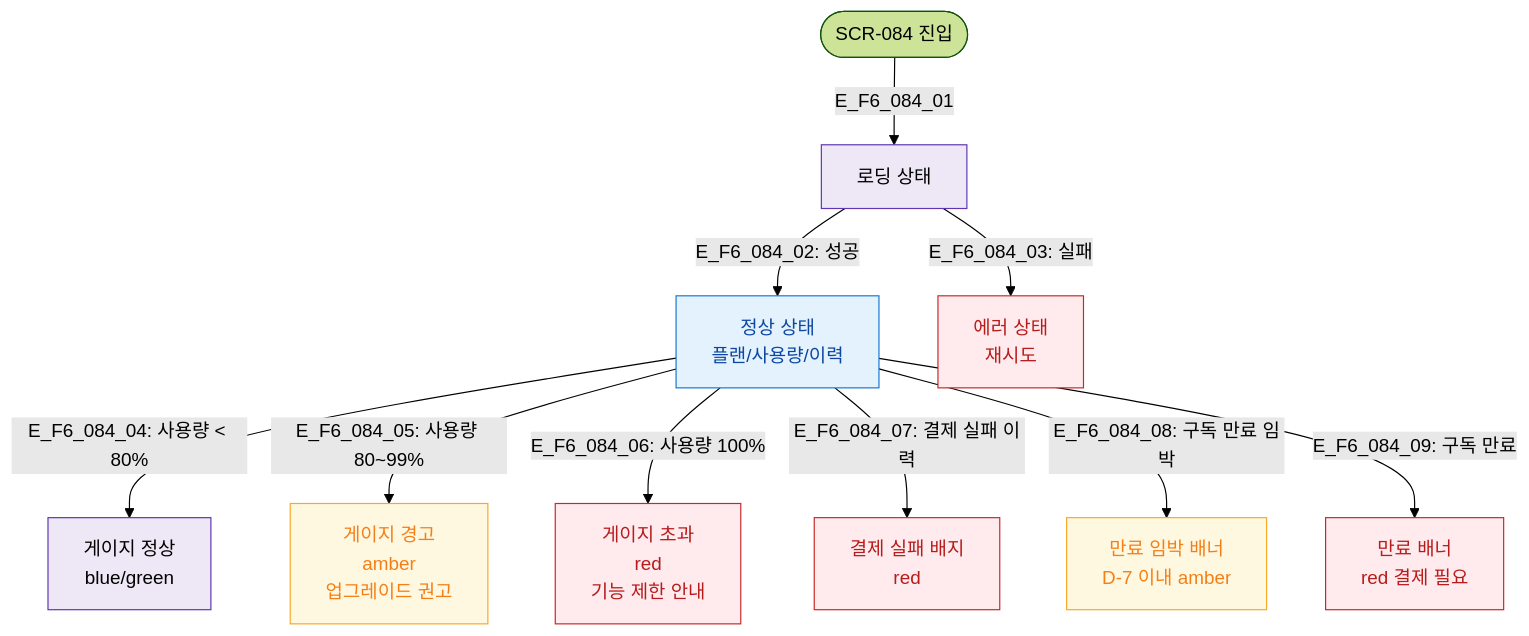
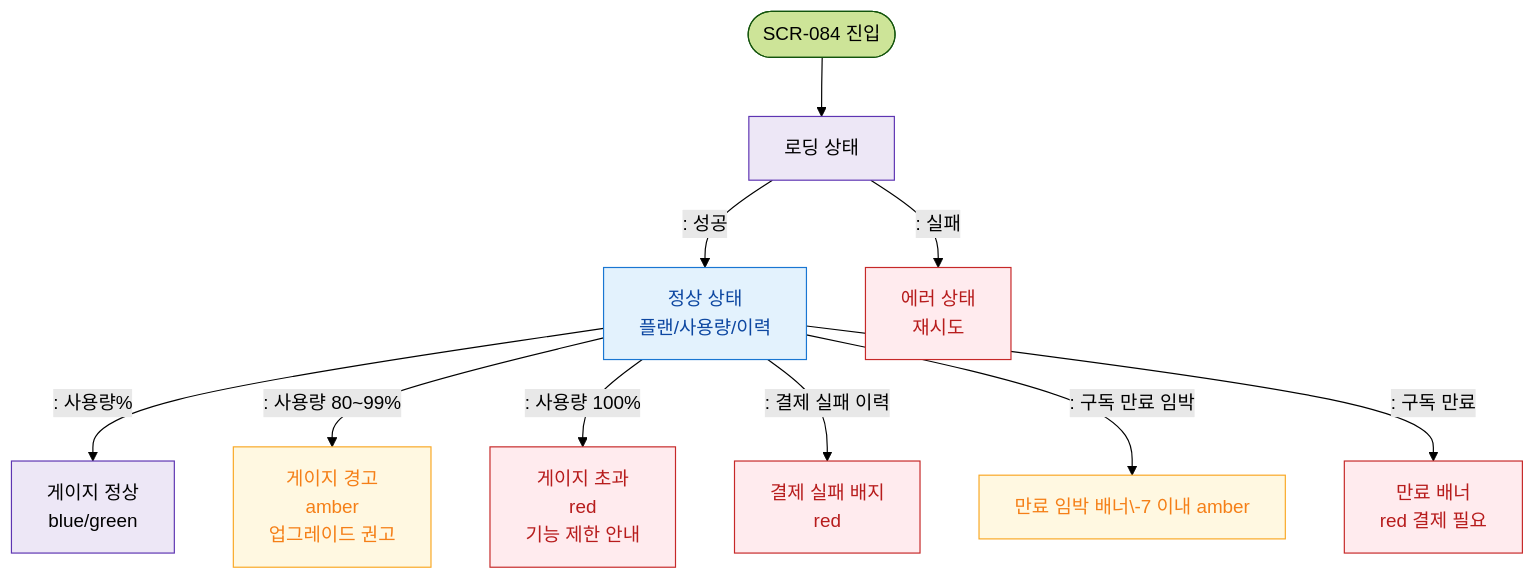
One commit to dev-spogym/admin-pando changed the diagram in docs/다이어그램/D09_설정관리/SCR-084_구독결제관리/F6_상태별화면.md. Above: the diagram before and after it, drawn with Mermaid (forest theme). The commit also changed other lines of this file and 1660 other files, not shown here.

First line of the commit message:
다이어그램: 기획자/클라이언트 납품본으로 정리

````diff
--- a/docs/다이어그램/D09_설정관리/SCR-084_구독결제관리/F6_상태별화면.md
+++ b/docs/다이어그램/D09_설정관리/SCR-084_구독결제관리/F6_상태별화면.md
@@ -14,23 +12,23 @@
 ```mermaid
 flowchart TD
-    Entry([SCR-084 진입]) -->|E_F6_084_01| Loading[로딩 상태]
-    Loading -->|"E_F6_084_02: 성공"| Normal[정상 상태\n플랜/사용량/이력]
-    Loading -->|"E_F6_084_03: 실패"| ErrorState[에러 상태\n재시도]
+    Entry([SCR-084 진입]) --> Loading[로딩 상태]
+    Loading -->|": 성공"|Normal[정상 상태\n플랜/사용량/이력]
+    Loading -->|": 실패"|ErrorState[에러 상태\n재시도]
 
-    Normal -->|"E_F6_084_04: 사용량 < 80%"| UsageNormal[게이지 정상\nblue/green]
-    Normal -->|"E_F6_084_05: 사용량 80~99%"| UsageWarn[게이지 경고\namber\n업그레이드 권고]
-    Normal -->|"E_F6_084_06: 사용량 100%"| UsageMax[게이지 초과\nred\n기능 제한 안내]
+    Normal -->|": 사용량%"|UsageNormal[게이지 정상\nblue/green]
+    Normal -->|": 사용량 80~99%"|UsageWarn[게이지 경고\namber\n업그레이드 권고]
+    Normal -->|": 사용량 100%"|UsageMax[게이지 초과\nred\n기능 제한 안내]
 
-    Normal -->|"E_F6_084_07: 결제 실패 이력"| PayFail[결제 실패 배지\nred]
-    Normal -->|"E_F6_084_08: 구독 만료 임박"| ExpireWarn[만료 임박 배너\nD-7 이내 amber]
-    Normal -->|"E_F6_084_09: 구독 만료"| ExpiredBanner[만료 배너\nred 결제 필요]
+    Normal -->|": 결제 실패 이력"|PayFail[결제 실패 배지\nred]
+    Normal -->|": 구독 만료 임박"|ExpireWarn[만료 임박 배너\-7 이내 amber]
+    Normal -->|": 구독 만료"|ExpiredBanner[만료 배너\nred 결제 필요]
 
     classDef screen fill:#E3F2FD,stroke:#1976D2,color:#0D47A1
     classDef error fill:#FFEBEE,stroke:#C62828,color:#B71C1C
     classDef warning fill:#FFF8E1,stroke:#F9A825,color:#F57F17
     classDef system fill:#EDE7F6,stroke:#5E35B2
     class Normal screen
     class ErrorState,UsageMax,PayFail,ExpiredBanner error
     class UsageWarn,ExpireWarn warning
     class Loading,UsageNormal system
 ```
````
